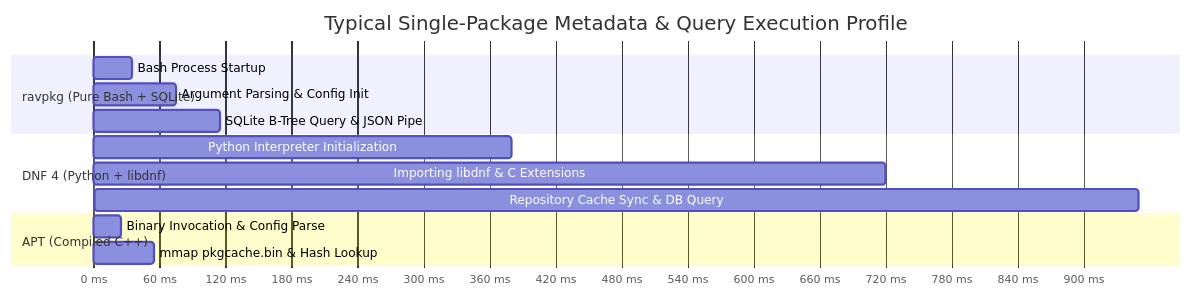
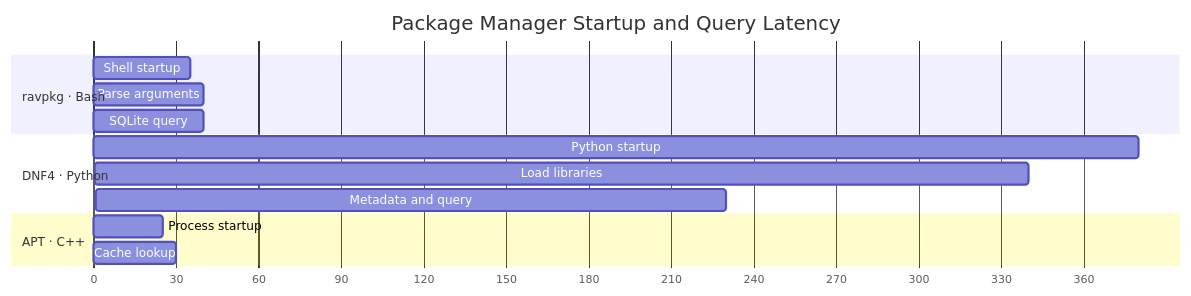
Before and after one commit to RavvnOS/Package-Manager: the fourth of 4 diagrams in docs/benchmark_analysis.md, drawn with Mermaid. The commit also changed other lines of this file, not shown here.

````diff
--- a/docs/benchmark_analysis.md
+++ b/docs/benchmark_analysis.md
@@ -218,20 +338,20 @@
 ```mermaid
 gantt
-    title Typical Single-Package Metadata & Query Execution Profile
+    title Package Manager Startup and Query Latency
     dateFormat X
-    axisFormat %s ms
+    axisFormat %s
 
-    section ravpkg (Pure Bash + SQLite)
-    Bash Process Startup           :a1, 0, 35
-    Argument Parsing & Config Init :a2, 35, 75
-    SQLite B-Tree Query & JSON Pipe:a3, 75, 115
+    section ravpkg · Bash
+    Shell startup       :r1, 0, 35
+    Parse arguments     :r2, 35, 40
+    SQLite query        :r3, 75, 40
 
-    section DNF 4 (Python + libdnf)
-    Python Interpreter Initialization :b1, 0, 380
-    Importing libdnf & C Extensions    :b2, 380, 720
-    Repository Cache Sync & DB Query   :b3, 720, 950
+    section DNF4 · Python
+    Python startup      :d1, 0, 380
+    Load libraries      :d2, 380, 340
+    Metadata and query  :d3, 720, 230
 
-    section APT (Compiled C++)
-    Binary Invocation & Config Parse  :c1, 0, 25
-    mmap pkgcache.bin & Hash Lookup   :c2, 25, 55
+    section APT · C++
+    Process startup     :a1, 0, 25
+    Cache lookup        :a2, 25, 30
 ```
````
